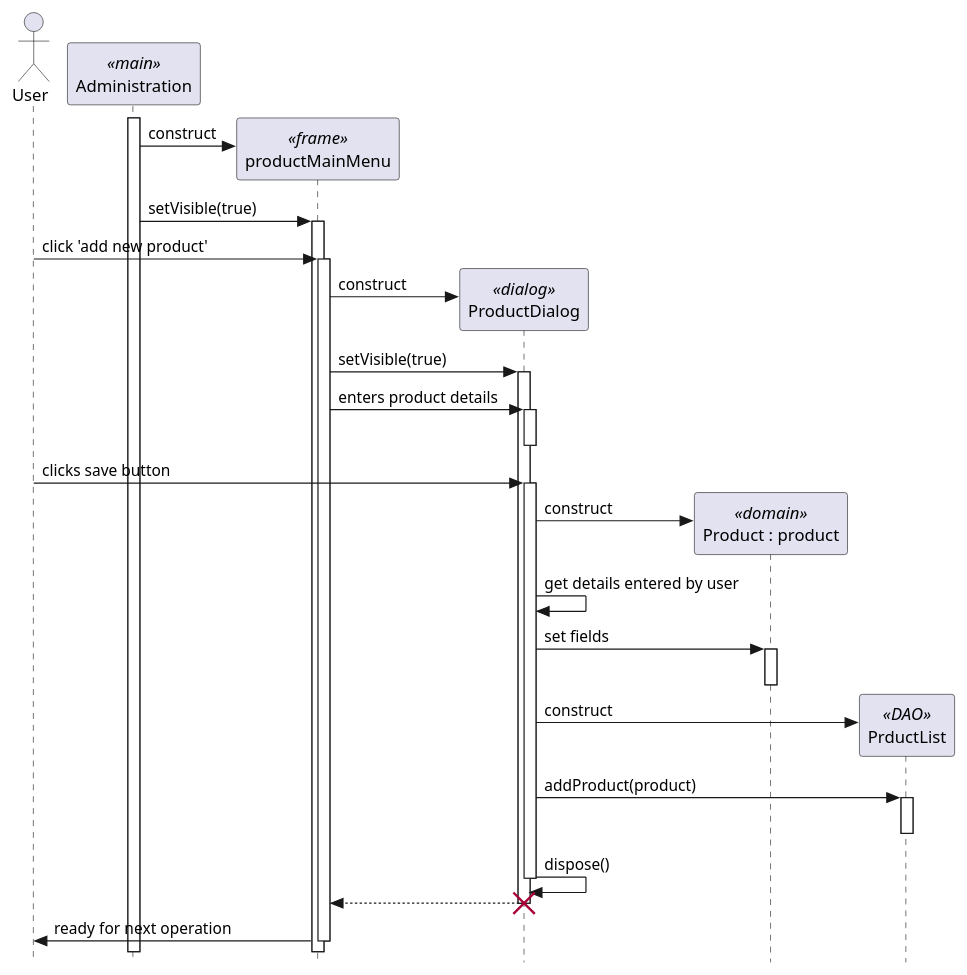
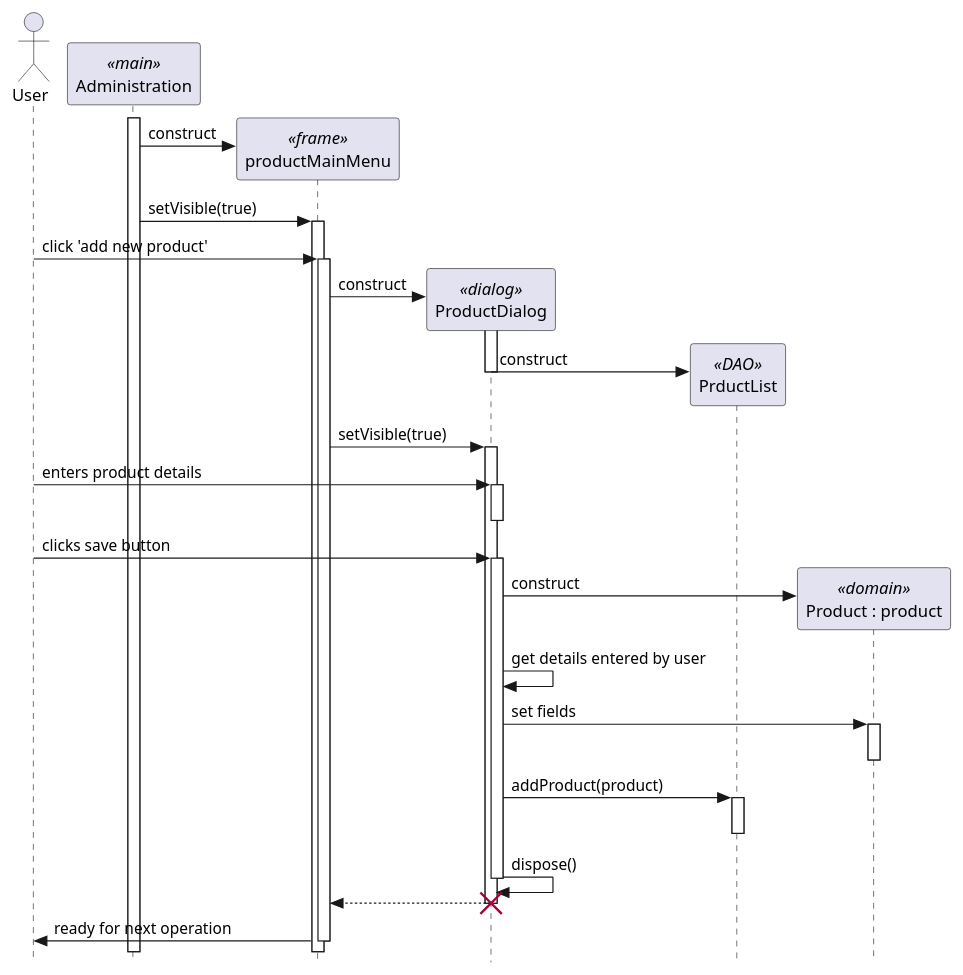
Before and after one commit to Kateli24/202: the diagram in sale/addNewProduct.pu, drawn with PlantUML.

Commit message:
fixed sequence diagram for "add a new product" use case.References #16.

```diff
--- a/sale/addNewProduct.pu
+++ b/sale/addNewProduct.pu
@@ -1,60 +1,67 @@
 @startuml
 ' use strict UML mode
 skinparam style strictuml
 
 actor "User" as user
 
 participant "Administration" as main <<main>>
 main++
 
 create "productMainMenu" as menu <<frame>>
 main -> menu : construct
 main -> menu++ : setVisible(true)
 
 user -> menu++ : click 'add new product'
 
 create "ProductDialog" as editor <<dialog>>
 menu -> editor : construct
+
+'activate editor constructor
+editor++
+
+' create a DAO
+create "PrductList" as dao <<DAO>>
+editor -> dao : construct
+editor--
+
 menu -> editor++ : setVisible(true)
 
 
 
 ' user enters product details and clicks the save button
-menu -> editor++ : enters product details
+user -> editor++ : enters product details
 editor--
 user -> editor++ : clicks save button
 
 ' construct the product object
 create "Product : product" as product <<domain>>
 editor -> product : construct
 
 ' get the details from the text component
 editor -> editor : get details entered by user
 
 
 ' set the id field in the product
 editor -> product++ : set fields
 product--
 
 
 
-' create a DAO
-create "PrductList" as dao <<DAO>>
-editor -> dao : construct
+
 
 ' save product
 editor -> dao++ : addProduct(product)
 
 dao--
 
 
 ' dispose dialog
 editor -> editor-- : dispose()
 
 ' show control returning to the menu as the dialog closes
 return
 
 destroy editor
 
 menu –> user-- : ready for next operation
 @enduml
```
